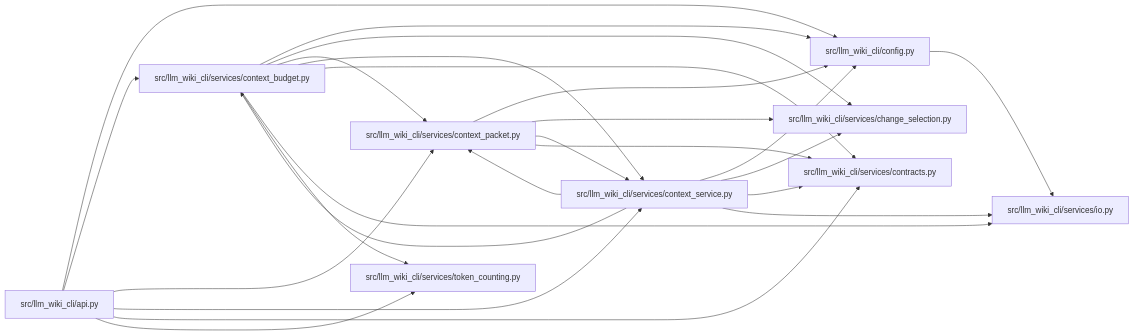
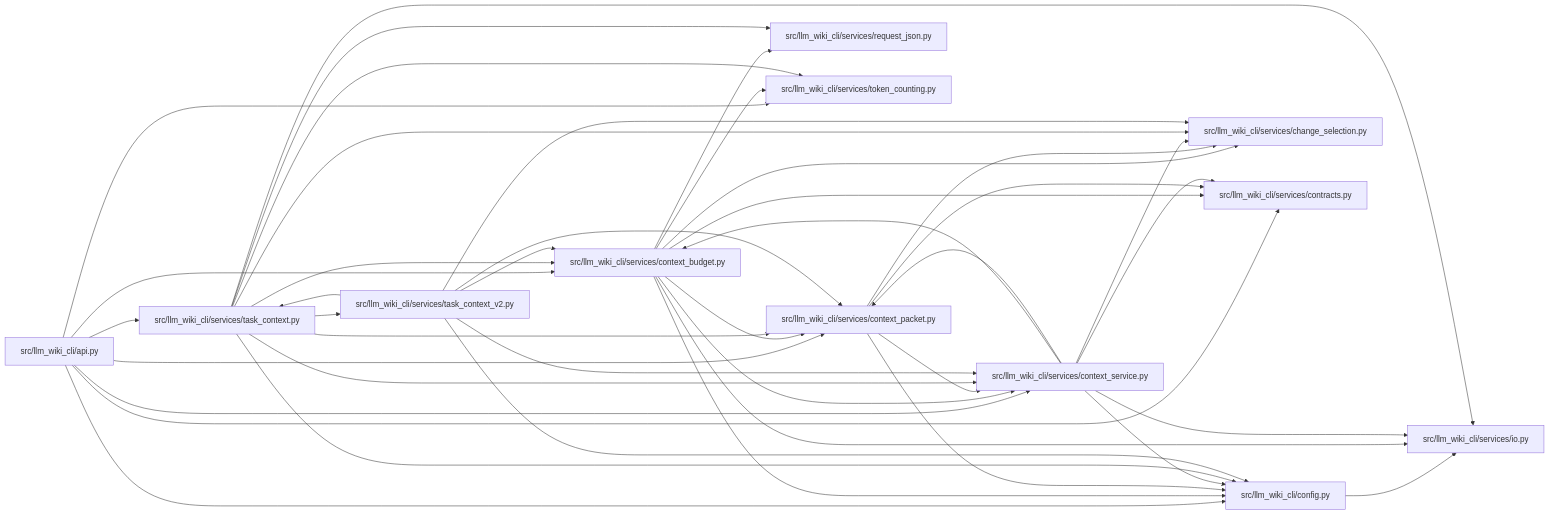
The diagram in docs/llm_wiki/modules/context_budget.md (Denissvgn/python-wiki-llm), drawn with Mermaid before and after one commit. The commit also changed other lines of this file and 865 other files, not shown here.

````diff
--- a/docs/llm_wiki/modules/context_budget.md
+++ b/docs/llm_wiki/modules/context_budget.md
@@ -38,45 +40,68 @@
 ```mermaid
 flowchart LR
     n0["src/llm_wiki_cli/api.py"]
     n1["src/llm_wiki_cli/config.py"]
     n2["src/llm_wiki_cli/services/change_selection.py"]
     n3["src/llm_wiki_cli/services/context_budget.py"]
     n4["src/llm_wiki_cli/services/context_packet.py"]
     n5["src/llm_wiki_cli/services/context_service.py"]
     n6["src/llm_wiki_cli/services/contracts.py"]
     n7["src/llm_wiki_cli/services/io.py"]
-    n8["src/llm_wiki_cli/services/token_counting.py"]
+    n8["src/llm_wiki_cli/services/request_json.py"]
+    n9["src/llm_wiki_cli/services/task_context.py"]
+    n10["src/llm_wiki_cli/services/task_context_v2.py"]
+    n11["src/llm_wiki_cli/services/token_counting.py"]
     n0 --> n1
     n0 --> n3
     n0 --> n4
     n0 --> n5
     n0 --> n6
-    n0 --> n8
+    n0 --> n9
+    n0 --> n11
     n1 --> n7
     n3 --> n1
     n3 --> n2
     n3 --> n4
     n3 --> n5
     n3 --> n6
     n3 --> n7
     n3 --> n8
+    n3 --> n11
     n4 --> n1
     n4 --> n2
     n4 --> n5
     n4 --> n6
     n5 --> n1
     n5 --> n2
     n5 --> n3
     n5 --> n4
     n5 --> n6
     n5 --> n7
+    n9 --> n1
+    n9 --> n2
+    n9 --> n3
+    n9 --> n4
+    n9 --> n5
+    n9 --> n7
+    n9 --> n8
+    n9 --> n10
+    n9 --> n11
+    n10 --> n1
+    n10 --> n2
+    n10 --> n3
+    n10 --> n4
+    n10 --> n5
+    n10 --> n9
     click n0 "../modules/api.md"
     click n1 "../modules/config.md"
     click n2 "../modules/change_selection.md"
     click n3 "../modules/context_budget.md"
     click n4 "../modules/context_packet.md"
     click n5 "../modules/context_service.md"
     click n6 "../modules/services_contracts.md"
     click n7 "../modules/io.md"
-    click n8 "../modules/token_counting.md"
+    click n8 "../modules/request_json.md"
+    click n9 "../modules/task_context.md"
+    click n10 "../modules/task_context_v2.md"
+    click n11 "../modules/token_counting.md"
 ```
````
